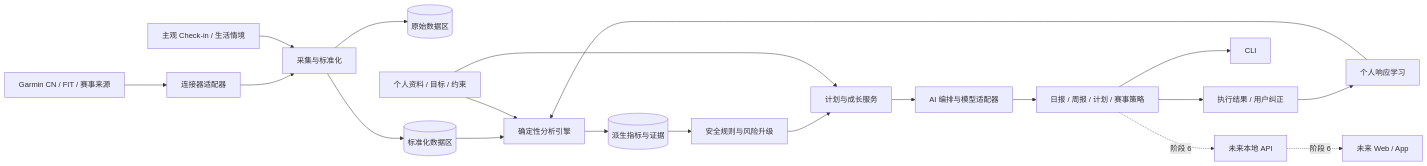
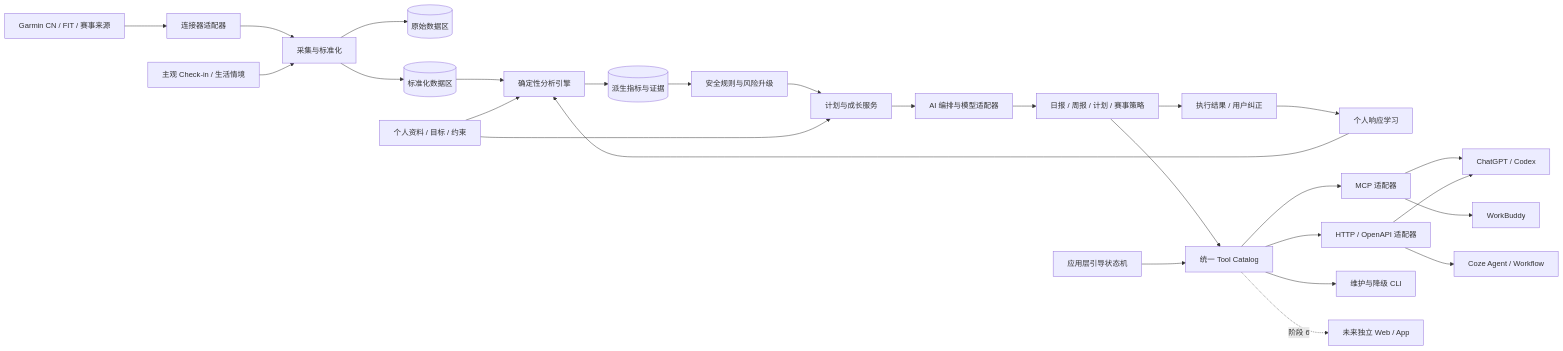
One commit to haoqizhu1998/Trimate-Engine changed the diagram in docs/architecture.md. Above: the diagram before and after it, drawn with Mermaid. The commit also changed other lines of this file and 5 other files, not shown here.

Commit message:
docs: adopt host-first conversational product architecture

````diff
--- a/docs/architecture.md
+++ b/docs/architecture.md
@@ -29,22 +32,29 @@
 ```mermaid
 flowchart LR
     Sources[Garmin CN / FIT / 赛事来源] --> Connectors[连接器适配器]
     Connectors --> Ingest[采集与标准化]
     CheckIn[主观 Check-in / 生活情境] --> Ingest
     Ingest --> Raw[(原始数据区)]
     Ingest --> Canonical[(标准化数据区)]
     Canonical --> Analytics[确定性分析引擎]
     Profile[个人资料 / 目标 / 约束] --> Analytics
     Analytics --> Derived[(派生指标与证据)]
     Derived --> Safety[安全规则与风险升级]
     Safety --> Coach[计划与成长服务]
     Profile --> Coach
     Coach --> AI[AI 编排与模型适配器]
     AI --> Reports[日报 / 周报 / 计划 / 赛事策略]
     Feedback[执行结果 / 用户纠正] --> Learning[个人响应学习]
     Reports --> Feedback
     Learning --> Analytics
-    Reports --> CLI[CLI]
-    Reports -. 阶段 6 .-> API[未来本地 API]
-    API -. 阶段 6 .-> Web[未来 Web / App]
+    Reports --> Tools[统一 Tool Catalog]
+    Onboarding[应用层引导状态机] --> Tools
+    Tools --> MCP[MCP 适配器]
+    Tools --> HTTP[HTTP / OpenAPI 适配器]
+    Tools --> CLI[维护与降级 CLI]
+    MCP --> GPT[ChatGPT / Codex]
+    MCP --> WB[WorkBuddy]
+    HTTP --> GPT
+    HTTP --> Coze[Coze Agent / Workflow]
+    Tools -. 阶段 6 .-> Web[未来独立 Web / App]
 ```
````
